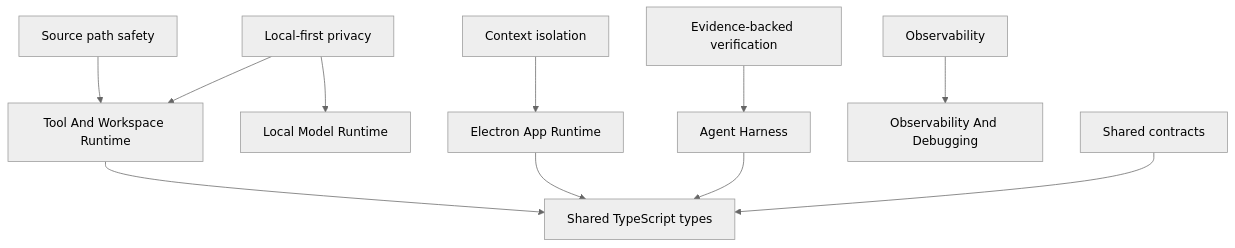
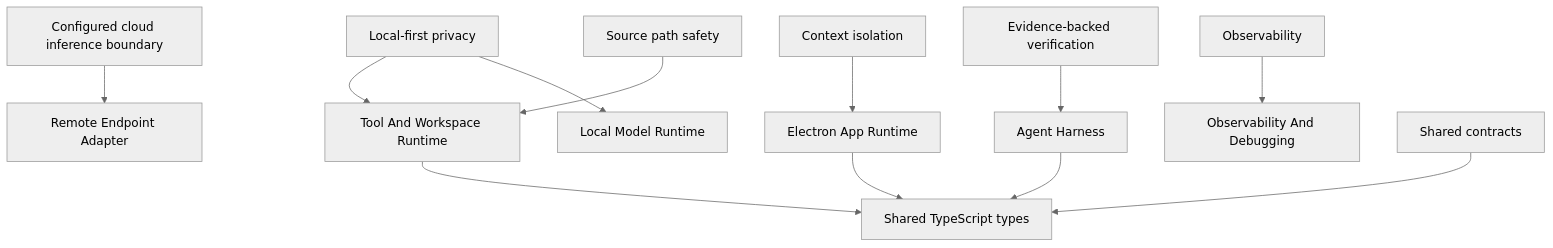
Before and after one commit to martinbechard/gemma_code: the eighth of 9 diagrams in docs/wiki/technical/architecture.md, drawn with Mermaid (neutral theme). The commit also changed other lines of this file and 33 other files, not shown here.

Commit message:
feat: support configured remote models

````diff
--- a/docs/wiki/technical/architecture.md
+++ b/docs/wiki/technical/architecture.md
@@ -278,13 +294,14 @@
 ```mermaid
 flowchart TB
   Privacy["Local-first privacy"] --> LocalModelRuntime["Local Model Runtime"]
+  CloudBoundary["Configured cloud inference boundary"] --> RemoteEndpointAdapter["Remote Endpoint Adapter"]
   Privacy --> ToolWorkspaceRuntime["Tool And Workspace Runtime"]
   Verification["Evidence-backed verification"] --> AgentHarness["Agent Harness"]
   PathSafety["Source path safety"] --> ToolWorkspaceRuntime
   ContextIsolation["Context isolation"] --> ElectronRuntime["Electron App Runtime"]
   ObservabilityConcern["Observability"] --> Observability["Observability And Debugging"]
   SharedContracts["Shared contracts"] --> SharedTypes["Shared TypeScript types"]
   AgentHarness --> SharedTypes
   ElectronRuntime --> SharedTypes
   ToolWorkspaceRuntime --> SharedTypes
 ```
````
